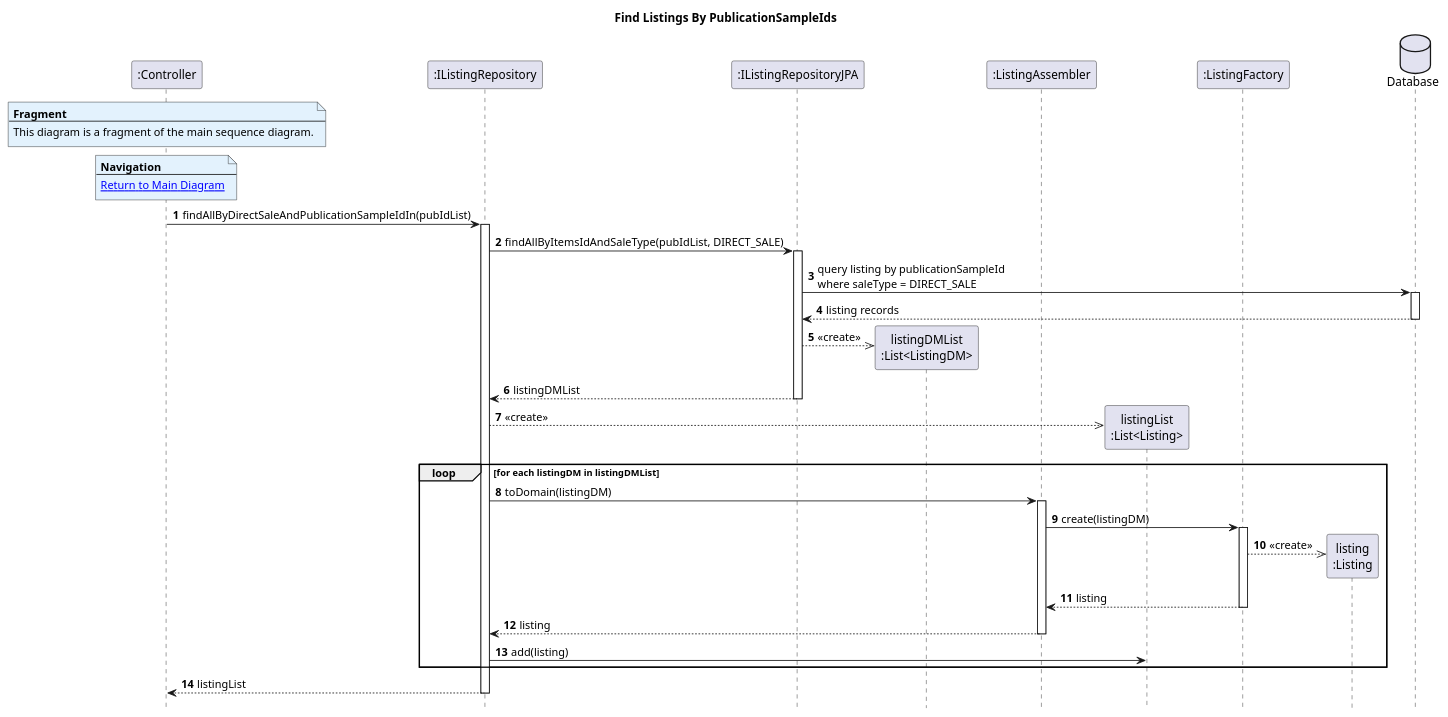
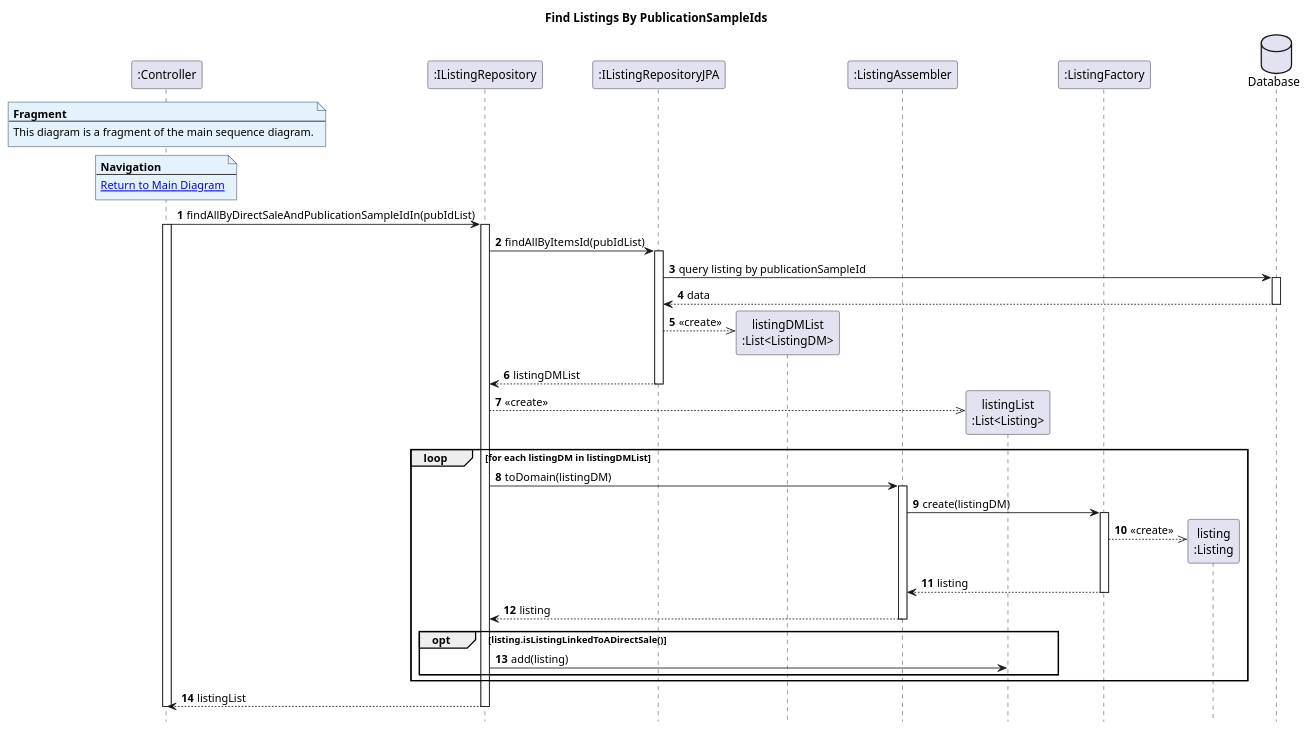
One commit to AndrePereiraGitH/SWitCH-Project-Team_A changed the diagram in Diagrams/SequenceDiagrams/N2/To-get-the-list-of-items-on-direct-sale-of-a-given-author/5.FindListingsByPublicationSampleIds.puml. Above: the diagram before and after it, drawn with PlantUML. The commit also changed 9 other files, not shown here.

```diff
--- a/Diagrams/SequenceDiagrams/N2/To-get-the-list-of-items-on-direct-sale-of-a-given-author/5.FindListingsByPublicationSampleIds.puml
+++ b/Diagrams/SequenceDiagrams/N2/To-get-the-list-of-items-on-direct-sale-of-a-given-author/5.FindListingsByPublicationSampleIds.puml
@@ -1,62 +1,66 @@
 @startuml
 hide footbox
 autonumber
 title Find Listings By PublicationSampleIds
 
 participant ":Controller" as Ctrl
 participant ":IListingRepository" as listingRepo
 participant ":IListingRepositoryJPA" as listingRepoJPA
 participant "listingDMList\n:List<ListingDM>" as listingDMList
 participant ":ListingAssembler" as assembler
 participant "listingList\n:List<Listing>" as listingList
 participant ":ListingFactory" as factory
 participant "listing\n:Listing" as listingObj
 
 database "Database" as db
 
 note over Ctrl #E3F2FD
 <b>Fragment</b>
 ---
 This diagram is a fragment of the main sequence diagram.
 end note
 
 note over Ctrl #E3F2FD
 <b>Navigation</b>
 ---
 [[1.MainDiagram.puml Return to Main Diagram]]
 end note
 
 Ctrl -> listingRepo : findAllByDirectSaleAndPublicationSampleIdIn(pubIdList)
+activate Ctrl
 activate listingRepo
 
-listingRepo -> listingRepoJPA : findAllByItemsIdAndSaleType(pubIdList, DIRECT_SALE)
+listingRepo -> listingRepoJPA : findAllByItemsId(pubIdList)
 activate listingRepoJPA
 
-listingRepoJPA -> db : query listing by publicationSampleId\nwhere saleType = DIRECT_SALE
+listingRepoJPA -> db : query listing by publicationSampleId
 activate db
-db --> listingRepoJPA : listing records
+db --> listingRepoJPA : data
 deactivate db
 
 listingRepoJPA -->> listingDMList ** : <<create>>
 listingRepoJPA --> listingRepo : listingDMList
 deactivate listingRepoJPA
 
 listingRepo -->> listingList ** : <<create>>
 
 loop for each listingDM in listingDMList
     listingRepo -> assembler : toDomain(listingDM)
     activate assembler
     assembler -> factory : create(listingDM)
         activate factory
         factory -->> listingObj ** : <<create>>
         factory --> assembler : listing
         deactivate factory
     assembler --> listingRepo : listing
     deactivate assembler
-    listingRepo -> listingList : add(listing)
+    opt listing.isListingLinkedToADirectSale()
+            listingRepo -> listingList : add(listing)
+        end
 end
 
 listingRepo --> Ctrl : listingList
 deactivate listingRepo
 
+deactivate Ctrl
 @enduml
```
